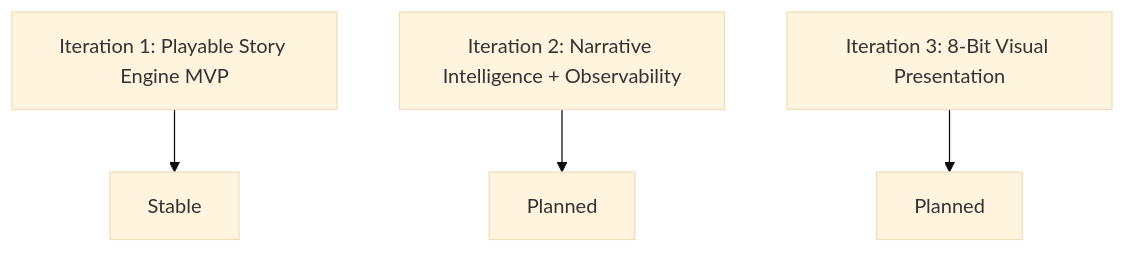
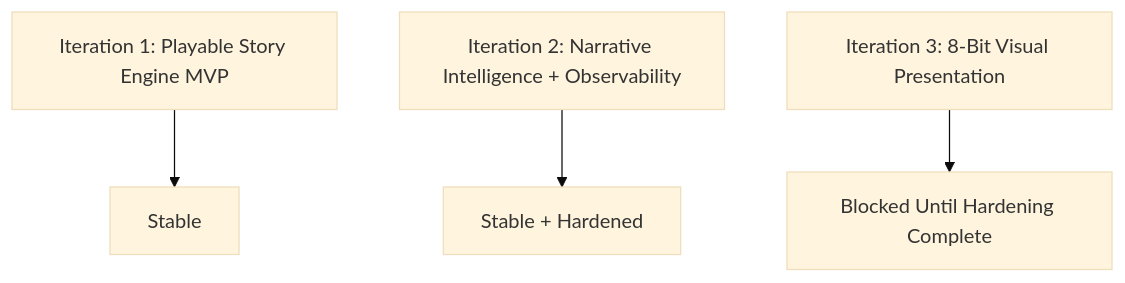
The second of 3 diagrams in README.md (aamir-nus/lumina-quest), drawn with Mermaid (base theme) before and after one commit. The commit also changed other lines of this file and 55 other files, not shown here.

````diff
--- a/README.md
+++ b/README.md
@@ -20,6 +20,6 @@
 ```mermaid
 flowchart TD
   I1["Iteration 1: Playable Story Engine MVP"] --> S1["Stable"]
-  I2["Iteration 2: Narrative Intelligence + Observability"] --> S2["Planned"]
-  I3["Iteration 3: 8-Bit Visual Presentation"] --> S3["Planned"]
+  I2["Iteration 2: Narrative Intelligence + Observability"] --> S2["Stable + Hardened"]
+  I3["Iteration 3: 8-Bit Visual Presentation"] --> S3["Blocked Until Hardening Complete"]
 ```
````
